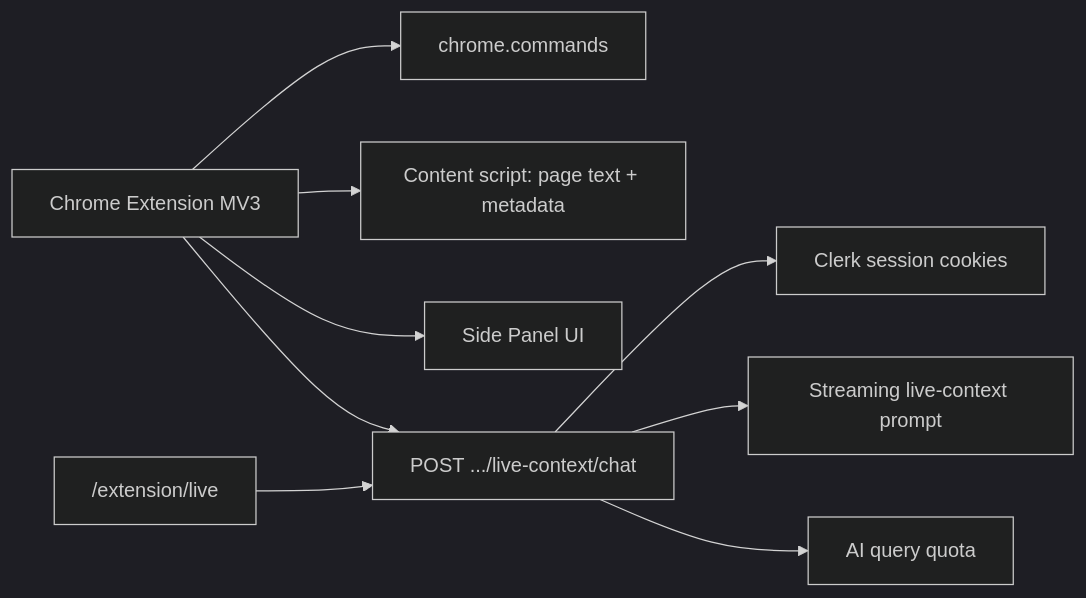
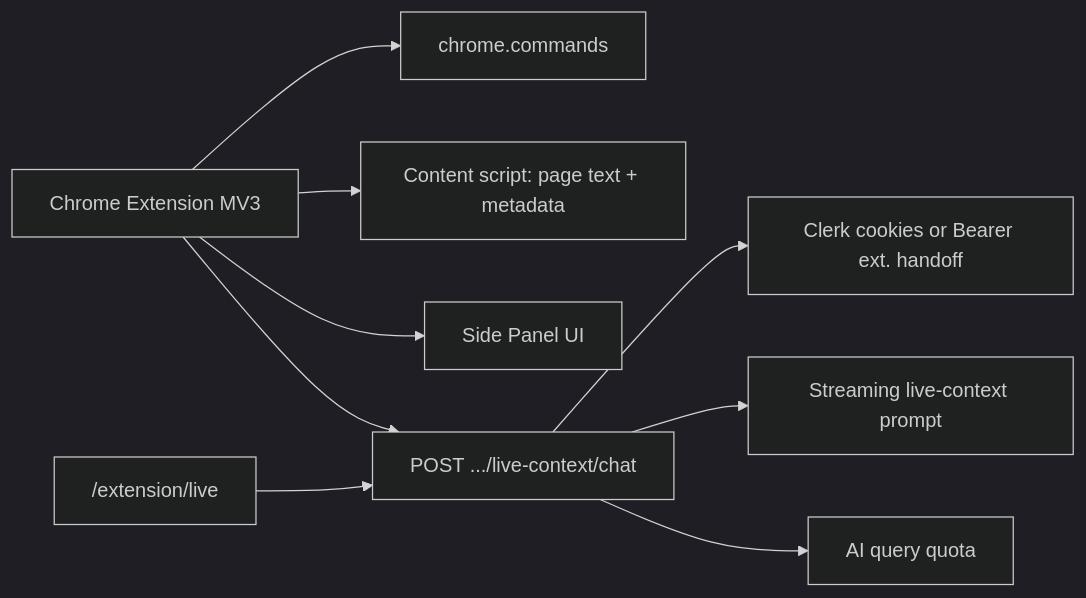
The diagram in docs/02-architecture/04-browser-extension-companion-v2.md (abiodunadesesan/aproko-ai), drawn with Mermaid (dark theme) before and after one commit. The commit also changed other lines of this file and 13 other files, not shown here.

````diff
--- a/docs/02-architecture/04-browser-extension-companion-v2.md
+++ b/docs/02-architecture/04-browser-extension-companion-v2.md
@@ -37,11 +39,11 @@
 ```mermaid
 flowchart LR
   Ext[Chrome Extension MV3] --> Cmd[chrome.commands]
   Ext --> CS[Content script: page text + metadata]
   Ext --> SP[Side Panel UI]
   Ext --> API["POST .../live-context/chat"]
-  API --> Auth[Clerk session cookies]
+  API --> Auth["Clerk cookies or Bearer ext. handoff"]
   API --> Chat[Streaming live-context prompt]
   API --> Quota[AI query quota]
   Web["/extension/live"] --> API
 ```
````
